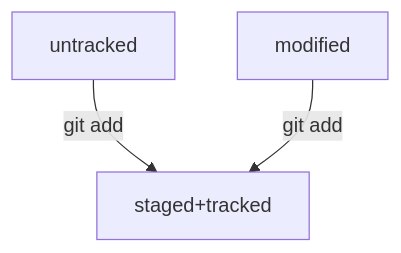
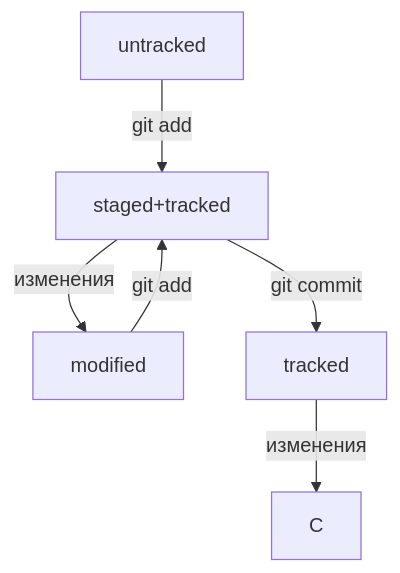
The diagram in readme.md (k-vyaznikova/help_project), drawn with Mermaid before and after one commit. The commit also changed 1 other file, not shown here.

Commit message:
новые данные в шпаргалке

````diff
--- a/readme.md
+++ b/readme.md
@@ -37,5 +37,8 @@
 ```mermaid
 graph TD;
 A[untracked]--git add-->B[staged+tracked]
 C[modified]--git add-->B
+B--изменения-->C
+B--git commit-->D[tracked]
+D--изменения-->С
 ```
````
